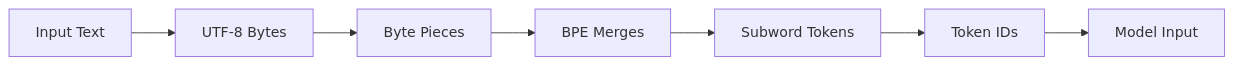
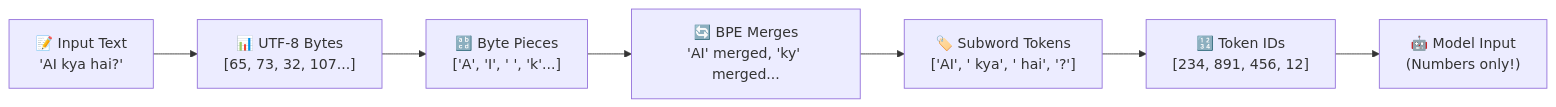
The second of 24 diagrams in docs/susagpt/SusaGPT_Diagram_Guide.md (Sameer-Malik20/SusaGPT-Build-LLM-From-Scratch-With-Hinglish-Learning-Material), drawn with Mermaid before and after one commit. The commit also changed other lines of this file and 10 other files, not shown here.

````diff
--- a/docs/susagpt/SusaGPT_Diagram_Guide.md
+++ b/docs/susagpt/SusaGPT_Diagram_Guide.md
@@ -48,9 +69,9 @@
 ```mermaid
 flowchart LR
-    A[Input Text] --> B[UTF-8 Bytes]
-    B --> C[Byte Pieces]
-    C --> D[BPE Merges]
-    D --> E[Subword Tokens]
-    E --> F[Token IDs]
-    F --> G[Model Input]
+    A["📝 Input Text\n'AI kya hai?'"] --> B["📊 UTF-8 Bytes\n[65, 73, 32, 107...]"]
+    B --> C["🔡 Byte Pieces\n['A', 'I', ' ', 'k'...]"]
+    C --> D["🔄 BPE Merges\n'AI' merged, 'ky' merged..."]
+    D --> E["🏷️ Subword Tokens\n['AI', ' kya', ' hai', '?']"]
+    E --> F["🔢 Token IDs\n[234, 891, 456, 12]"]
+    F --> G["🤖 Model Input\n(Numbers only!)"]
 ```
````
